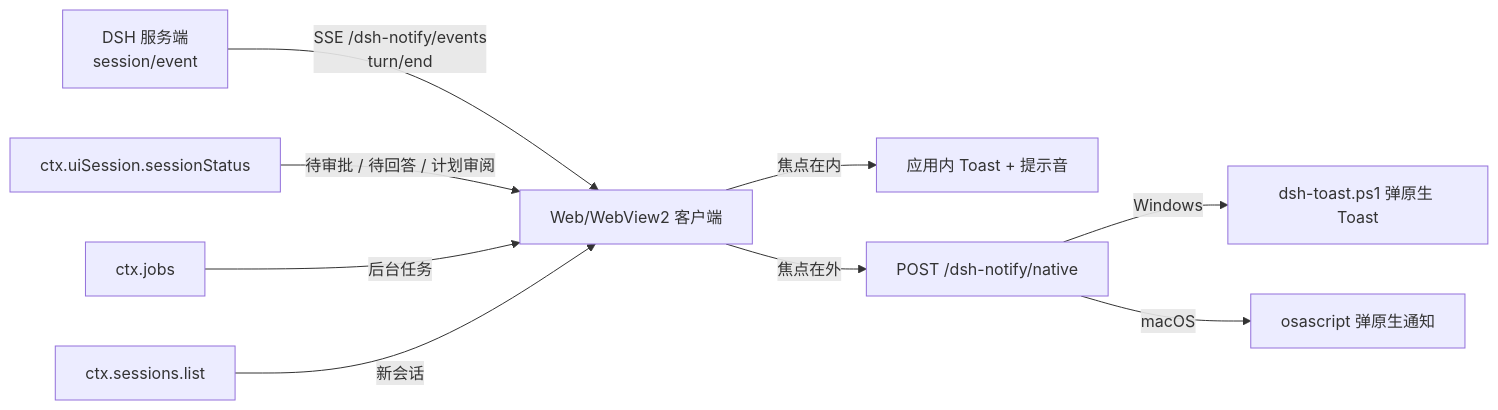
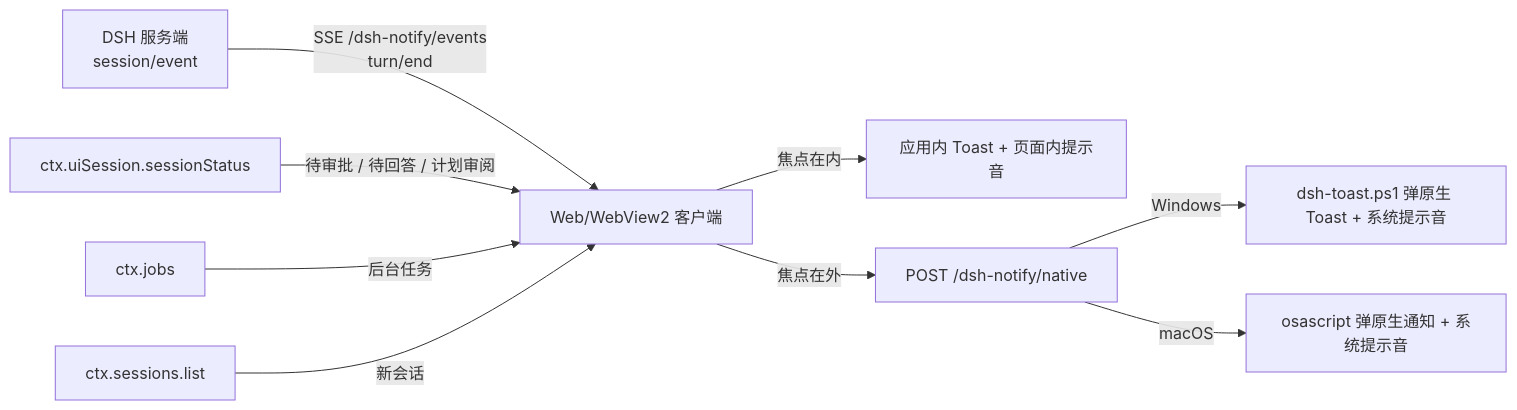
Before and after one commit to having5548/dsh-notify: the diagram in README.md, drawn with Mermaid. The commit also changed other lines of this file and 5 other files, not shown here.

````diff
--- a/README.md
+++ b/README.md
@@ -86,11 +88,11 @@
 ```mermaid
 flowchart LR
     A[DSH 服务端<br/>session/event] -->|SSE /dsh-notify/events<br/>turn/end| B[Web/WebView2 客户端]
     P[ctx.uiSession.sessionStatus] -->|待审批 / 待回答 / 计划审阅| B
     J[ctx.jobs] -->|后台任务| B
     L[ctx.sessions.list] -->|新会话| B
-    B -->|焦点在内| C[应用内 Toast + 提示音]
+    B -->|焦点在内| C[应用内 Toast + 页面内提示音]
     B -->|焦点在外| D[POST /dsh-notify/native]
-    D -->|Windows| E[dsh-toast.ps1 弹原生 Toast]
-    D -->|macOS| F[osascript 弹原生通知]
+    D -->|Windows| E[dsh-toast.ps1 弹原生 Toast + 系统提示音]
+    D -->|macOS| F[osascript 弹原生通知 + 系统提示音]
 ```
````
